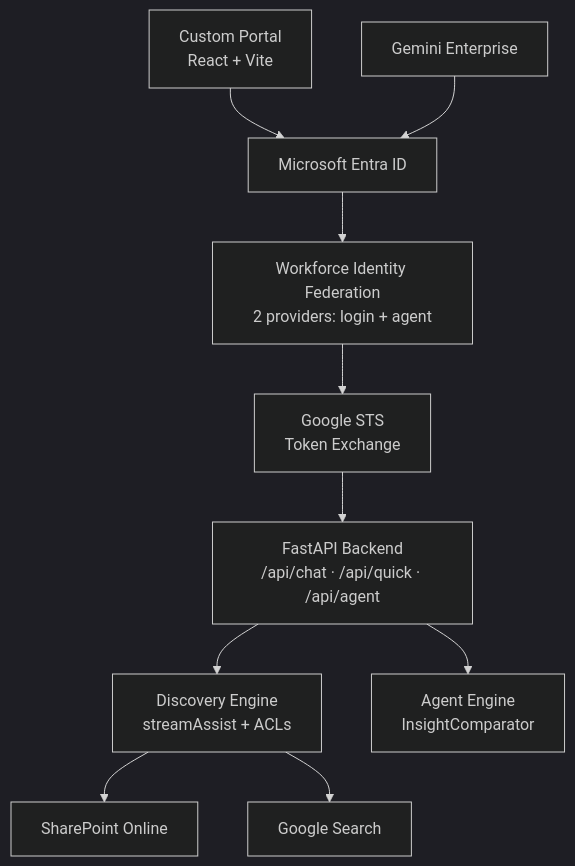
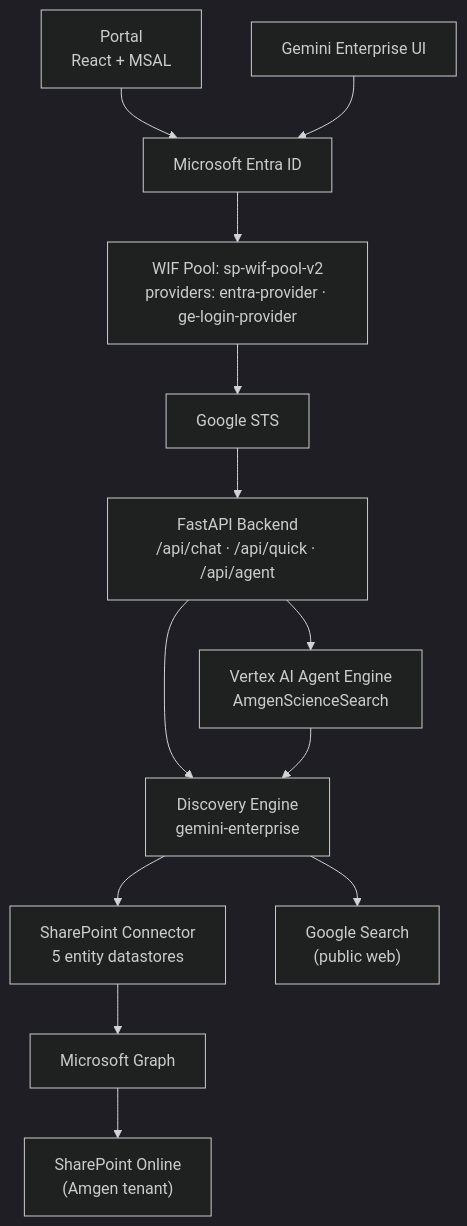
The second of 2 diagrams in semiautonomous-agents/science-search-portal/README.md (jchavezar/vertex-ai-samples), drawn with Mermaid (dark theme) before and after one commit. The commit also changed other lines of this file and 228 other files, not shown here.

````diff
--- a/semiautonomous-agents/science-search-portal/README.md
+++ b/semiautonomous-agents/science-search-portal/README.md
@@ -187,11 +129,15 @@
 ```mermaid
 flowchart TB
-    Portal["Custom Portal<br/>React + Vite"] & GE["Gemini Enterprise"] --> Entra["Microsoft Entra ID"]
-    Entra --> WIF["Workforce Identity Federation<br/>2 providers: login + agent"]
-    WIF --> STS["Google STS<br/>Token Exchange"]
+    Portal["Portal<br/>React + MSAL"] --> Entra["Microsoft Entra ID"]
+    GE["Gemini Enterprise UI"] --> Entra
+    Entra --> WIF["WIF Pool: sp-wif-pool-v2<br/>providers: entra-provider · ge-login-provider"]
+    WIF --> STS["Google STS"]
     STS --> Backend["FastAPI Backend<br/>/api/chat · /api/quick · /api/agent"]
-    Backend --> DE["Discovery Engine<br/>streamAssist + ACLs"]
-    Backend --> AE["Agent Engine<br/>InsightComparator"]
-    DE --> SP["SharePoint Online"]
-    DE --> GS["Google Search"]
+    Backend --> DE["Discovery Engine<br/>gemini-enterprise"]
+    Backend --> AE["Vertex AI Agent Engine<br/>AmgenScienceSearch"]
+    AE --> DE
+    DE --> SP["SharePoint Connector<br/>5 entity datastores"]
+    SP --> Graph["Microsoft Graph"]
+    Graph --> SPO["SharePoint Online<br/>(Amgen tenant)"]
+    DE --> GS["Google Search<br/>(public web)"]
 ```
````
